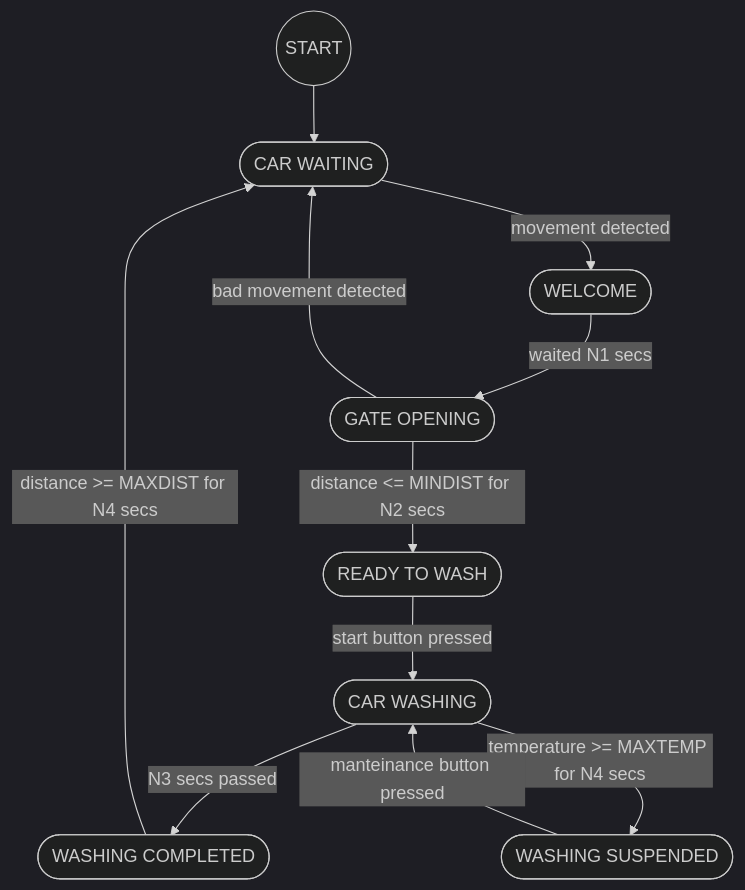
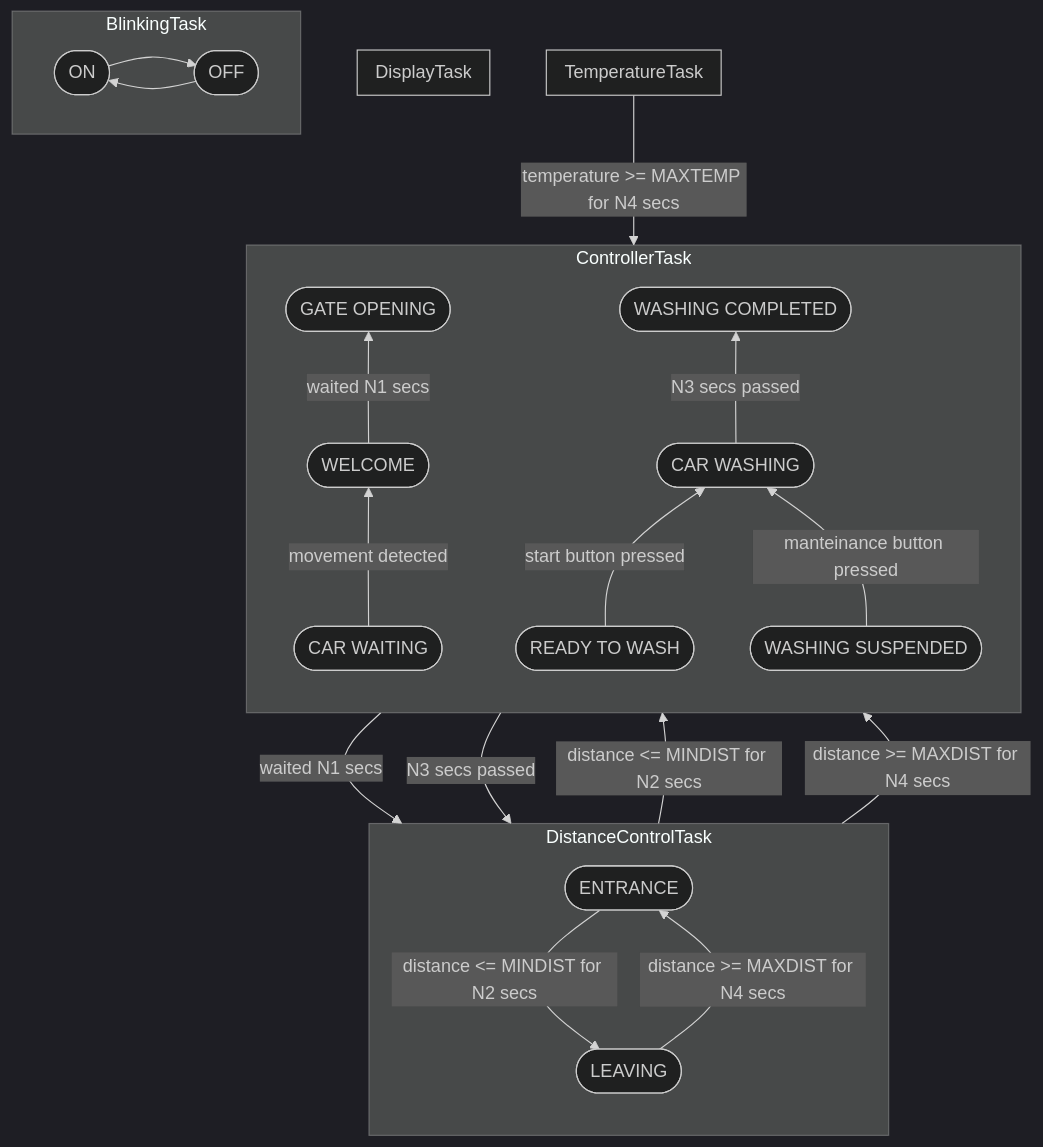
Before and after one commit to DiottaNax/ESIOT-2023-2024: the diagram in Assignment 2/doc/fsm_diagram.md, drawn with Mermaid (dark theme). The commit also changed 2 other files, not shown here.

Commit message:
Added assignment pdf and task diagrams

```diff
--- a/Assignment 2/doc/fsm_diagram.md
+++ b/Assignment 2/doc/fsm_diagram.md
@@ -1,16 +1,41 @@
 :::mermaid
 flowchart 
-    S((START)) -->
-    CWT([CAR WAITING]) -- "movement detected" --> 
-    WE([WELCOME]) -- "waited N1 secs" -->
-    GO([GATE OPENING]) -- "distance <= MINDIST for N2 secs" -->
-    RTW([READY TO WASH]) -- "start button pressed" -->
-    CWS([CAR WASHING]) -- "N3 secs passed" -->
-    WC([WASHING COMPLETED])
+    subgraph Controller[ControllerTask]
+    direction BT
+        CWT([CAR WAITING]) -- "movement detected" --> 
+        WE([WELCOME]) -- "waited N1 secs" -->
+        GO([GATE OPENING])
+        RTW([READY TO WASH]) -- "start button pressed" -->
+        CWS([CAR WASHING]) -- "N3 secs passed" -->
+        WC([WASHING COMPLETED])
 
-    CWS -- "temperature >= MAXTEMP for N4 secs" --> 
-    WS([WASHING SUSPENDED]) -- "manteinance button pressed" --> CWS
 
-    GO -- "bad movement detected" --> CWT
-    WC --  "distance >= MAXDIST for N4 secs" --> CWT
+        WS([WASHING SUSPENDED]) -- "manteinance button pressed" --> CWS
+    end
+
+    subgraph DSTTSK[DistanceControlTask]
+        ENT([ENTRANCE])
+        EXT([LEAVING])
+    direction TB
+    end
+    
+    WE -- "waited N1 secs" --> ENT
+    ENT -- "distance <= MINDIST for N2 secs" --> EXT & RTW
+    EXT --  "distance >= MAXDIST for N4 secs" --> ENT & CWT
+    WC -- "N3 secs passed" --> EXT
+
+    subgraph TMP[TemperatureTask]
+    direction LR
+    end
+
+    TMP -- "temperature >= MAXTEMP for N4 secs" --> WS
+
+    subgraph LCD[DisplayTask]
+    direction TB
+    end
+
+    subgraph BLNK[BlinkingTask]
+    direction LR
+        ON([ON]) --> OFF([OFF]) --> ON
+    end
 :::
```
